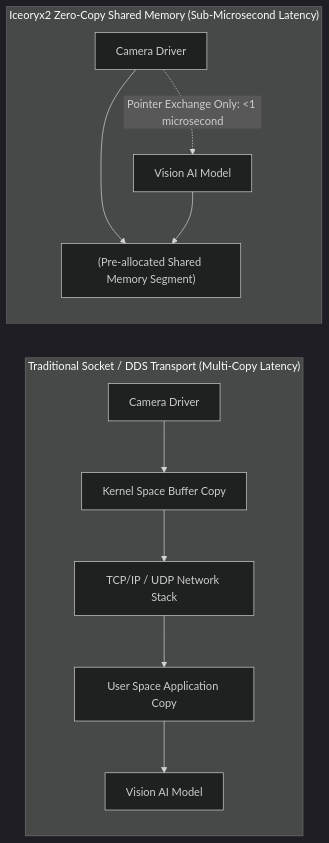
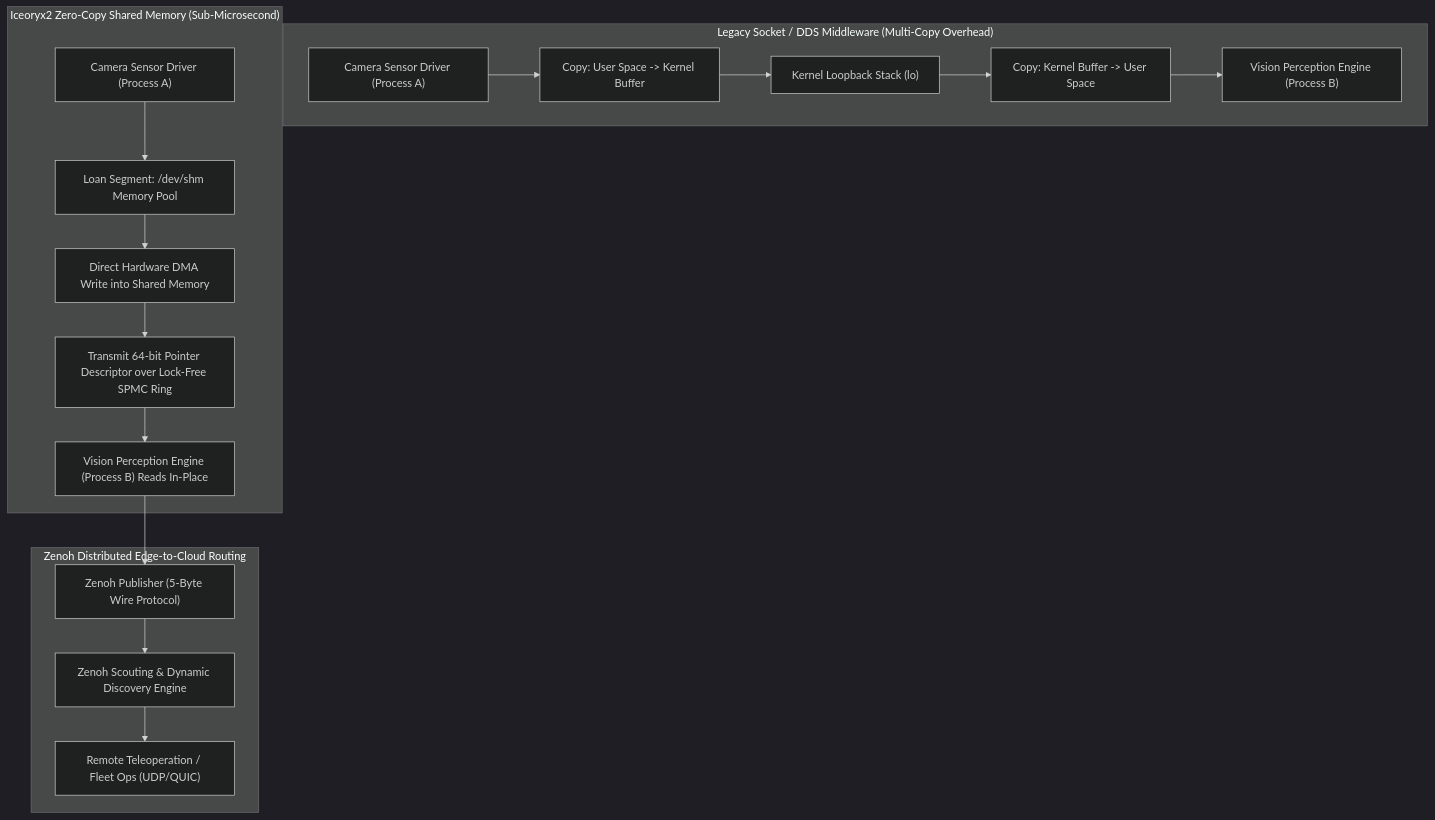
The diagram in architectures/hardware-and-acceleration-runtimes/iceoryx2-and-zenoh.md (sergiomh499/cv-projects), drawn with Mermaid (dark theme) before and after one commit. The commit also changed other lines of this file and 41 other files, not shown here.

Commit message:
docs(vault): deep expansion across 20 topic production pipelines, 2025-2026 architectures (RF-DETR, Qwen2.5-VL, MambaVision), and complete taxonomy matrices

````diff
--- a/architectures/hardware-and-acceleration-runtimes/iceoryx2-and-zenoh.md
+++ b/architectures/hardware-and-acceleration-runtimes/iceoryx2-and-zenoh.md
@@ -40,15 +51,22 @@
 ```mermaid
-flowchart LR
-    subgraph Traditional_Socket___DDS_Transport__Multi_Copy_Latency ["Traditional Socket / DDS Transport (Multi-Copy Latency)"]
-        Publisher1["Camera Driver"] --> Copy1["Kernel Space Buffer Copy"]
-        Copy1 --> NetStack["TCP/IP / UDP Network Stack"]
-        NetStack --> Copy2["User Space Application Copy"]
-        Copy2 --> Consumer1["Vision AI Model"]
-    end
-    subgraph Iceoryx2_Zero_Copy_Shared_Memory__Sub_Microsecond_Latency ["Iceoryx2 Zero-Copy Shared Memory (Sub-Microsecond Latency)"]
-        Publisher2["Camera Driver"] --> ShmPool["(Pre-allocated Shared Memory Segment)"]
-        Consumer2["Vision AI Model"] --> ShmPool
-        Publisher2 -.->|Pointer Exchange Only: <1 microsecond| Consumer2
+flowchart TD
+    subgraph Legacy_DDS ["Legacy Socket / DDS Middleware (Multi-Copy Overhead)"]
+        CamDriver1["Camera Sensor Driver (Process A)"] --> Copy1["Copy: User Space -> Kernel Buffer"]
+        Copy1 --> Loopback["Kernel Loopback Stack (lo)"]
+        Loopback --> Copy2["Copy: Kernel Buffer -> User Space"]
+        Copy2 --> Perception1["Vision Perception Engine (Process B)"]
     end
 
+    subgraph Iceoryx2_Zero_Copy ["Iceoryx2 Zero-Copy Shared Memory (Sub-Microsecond)"]
+        CamDriver2["Camera Sensor Driver (Process A)"] --> LoanMem["Loan Segment: /dev/shm Memory Pool"]
+        LoanMem --> DirectWrite["Direct Hardware DMA Write into Shared Memory"]
+        DirectWrite --> AtomicPush["Transmit 64-bit Pointer Descriptor over Lock-Free SPMC Ring"]
+        AtomicPush --> Perception2["Vision Perception Engine (Process B) Reads In-Place"]
+    end
+
+    subgraph Zenoh_Bridge ["Zenoh Distributed Edge-to-Cloud Routing"]
+        Perception2 --> ZenohPub["Zenoh Publisher (5-Byte Wire Protocol)"]
+        ZenohPub --> ZenohRouter["Zenoh Scouting & Dynamic Discovery Engine"]
+        ZenohRouter --> RemoteFleet["Remote Teleoperation / Fleet Ops (UDP/QUIC)"]
+    end
 ```
````
